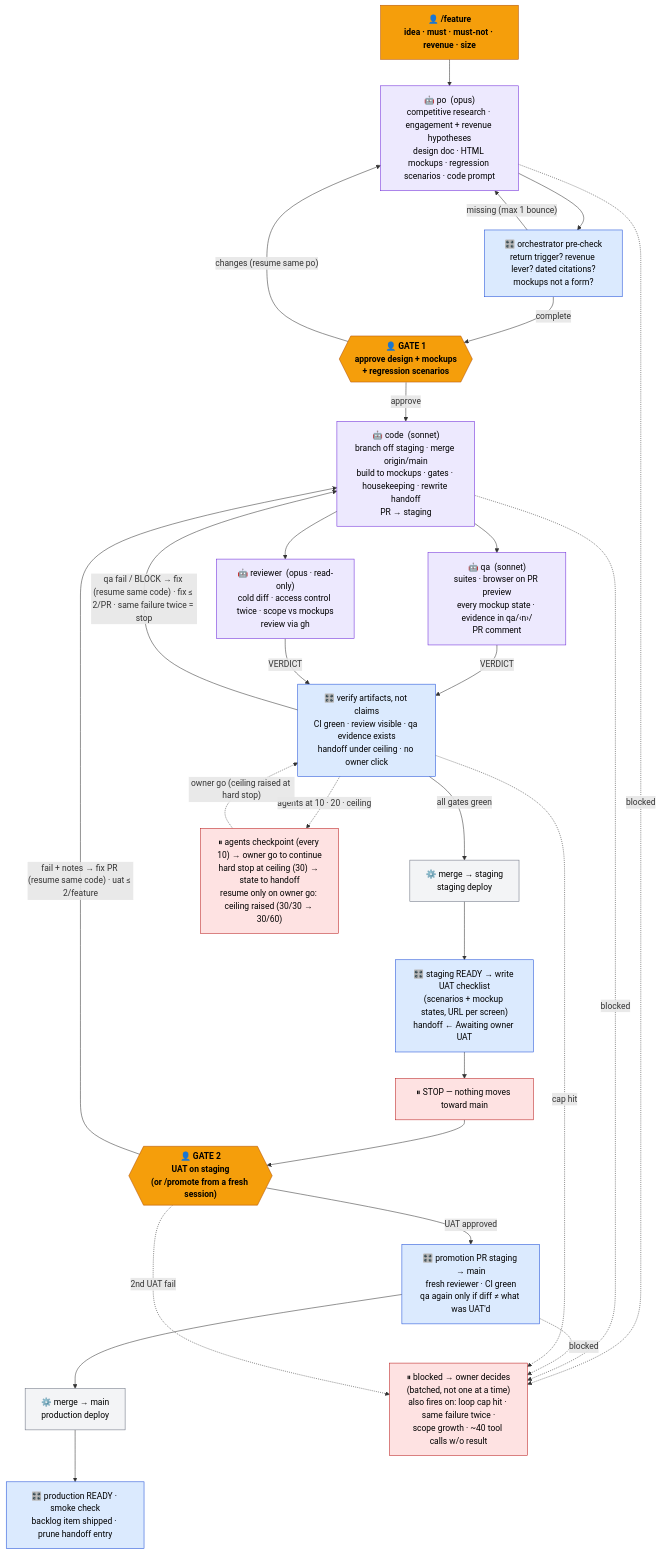
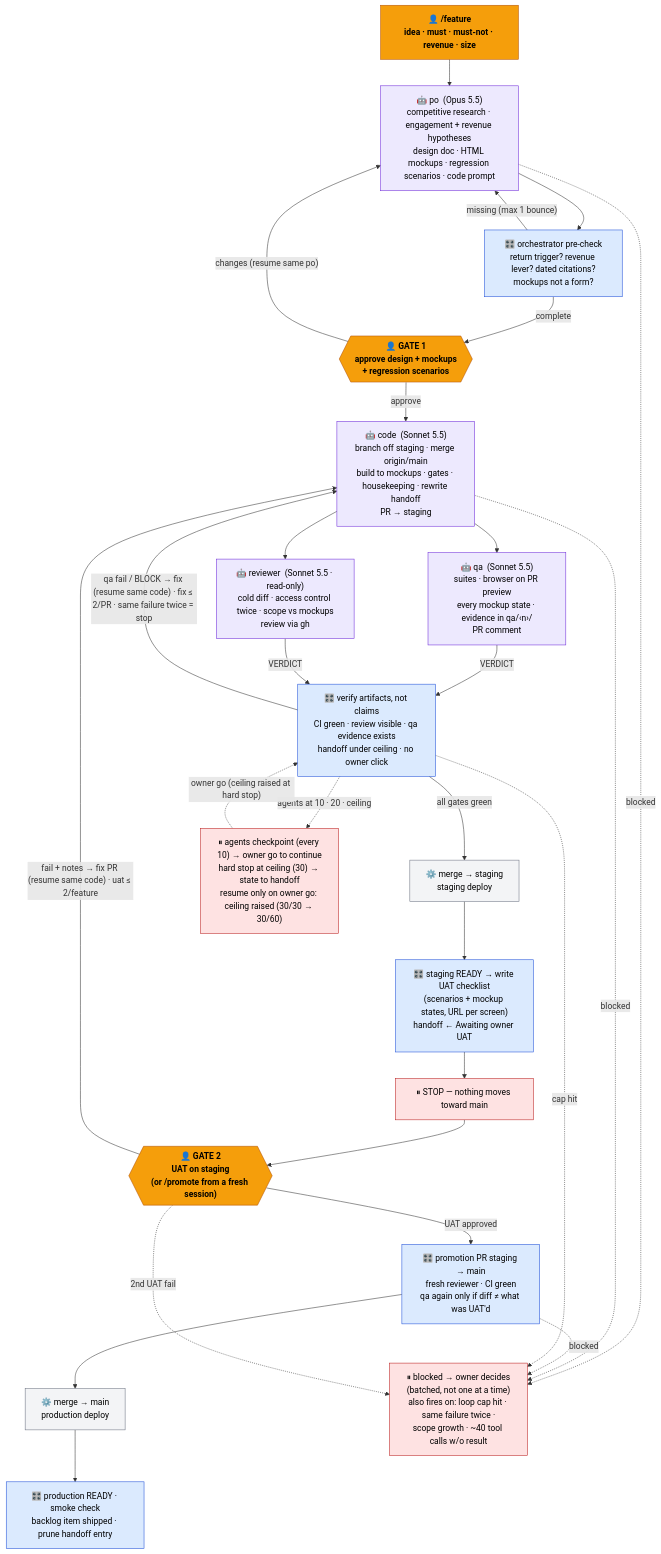
The first of 3 diagrams in pipeline-kit/diagram.md (gwincode/gwin-claude-agent-pipeline-kit), drawn with Mermaid before and after one commit. The commit also changed 9 other files, not shown here.

First line of the commit message:
Pin agent models: po on Opus 5.5, code/qa/reviewer on Sonnet 5.5 (v1.0.4)

````diff
--- a/pipeline-kit/diagram.md
+++ b/pipeline-kit/diagram.md
@@ -13,47 +13,47 @@
 ```mermaid
 flowchart TB
     classDef owner fill:#f59e0b,stroke:#b45309,color:#000,font-weight:bold
     classDef orch fill:#dbeafe,stroke:#1d4ed8,color:#000
     classDef agent fill:#ede9fe,stroke:#6d28d9,color:#000
     classDef sys fill:#f3f4f6,stroke:#6b7280,color:#000
     classDef stop fill:#fee2e2,stroke:#b91c1c,color:#000
 
     K["👤 /feature<br/>idea · must · must-not · revenue · size"]:::owner
-    PO["🤖 po  (opus)<br/>competitive research · engagement + revenue hypotheses<br/>design doc · HTML mockups · regression scenarios · code prompt"]:::agent
+    PO["🤖 po  (Opus 5.5)<br/>competitive research · engagement + revenue hypotheses<br/>design doc · HTML mockups · regression scenarios · code prompt"]:::agent
     CHK1["🎛️ orchestrator pre-check<br/>return trigger? revenue lever? dated citations?<br/>mockups not a form?"]:::orch
     G1{{"👤 GATE 1<br/>approve design + mockups<br/>+ regression scenarios"}}:::owner
-    CODE["🤖 code  (sonnet)<br/>branch off staging · merge origin/main<br/>build to mockups · gates · housekeeping · rewrite handoff<br/>PR → staging"]:::agent
-    QA["🤖 qa  (sonnet)<br/>suites · browser on PR preview<br/>every mockup state · evidence in qa/‹n›/<br/>PR comment"]:::agent
-    REV["🤖 reviewer  (opus · read-only)<br/>cold diff · access control twice · scope vs mockups<br/>review via gh"]:::agent
+    CODE["🤖 code  (Sonnet 5.5)<br/>branch off staging · merge origin/main<br/>build to mockups · gates · housekeeping · rewrite handoff<br/>PR → staging"]:::agent
+    QA["🤖 qa  (Sonnet 5.5)<br/>suites · browser on PR preview<br/>every mockup state · evidence in qa/‹n›/<br/>PR comment"]:::agent
+    REV["🤖 reviewer  (Sonnet 5.5 · read-only)<br/>cold diff · access control twice · scope vs mockups<br/>review via gh"]:::agent
     V1["🎛️ verify artifacts, not claims<br/>CI green · review visible · qa evidence exists<br/>handoff under ceiling · no owner click"]:::orch
     M1["⚙️ merge → staging<br/>staging deploy"]:::sys
     UATP["🎛️ staging READY → write UAT checklist<br/>(scenarios + mockup states, URL per screen)<br/>handoff ← Awaiting owner UAT"]:::orch
     STOP1["⏸ STOP — nothing moves toward main"]:::stop
     G2{{"👤 GATE 2<br/>UAT on staging<br/>(or /promote from a fresh session)"}}:::owner
     PROM["🎛️ promotion PR staging → main<br/>fresh reviewer · CI green<br/>qa again only if diff ≠ what was UAT'd"]:::orch
     M2["⚙️ merge → main<br/>production deploy"]:::sys
     DONE["🎛️ production READY · smoke check<br/>backlog item shipped · prune handoff entry"]:::orch
     BLK["⏸ blocked → owner decides<br/>(batched, not one at a time)<br/>also fires on: loop cap hit · same failure twice ·<br/>scope growth · ~40 tool calls w/o result"]:::stop
     CKP["⏸ agents checkpoint (every 10) → owner go to continue<br/>hard stop at ceiling (30) → state to handoff<br/>resume only on owner go: ceiling raised (30/30 → 30/60)"]:::stop
 
     K --> PO --> CHK1
     CHK1 -- "missing (max 1 bounce)" --> PO
     CHK1 -- "complete" --> G1
     G1 -- "changes (resume same po)" --> PO
     G1 -- "approve" --> CODE
     CODE --> QA
     CODE --> REV
     QA -- "VERDICT" --> V1
     REV -- "VERDICT" --> V1
     V1 -- "qa fail / BLOCK → fix (resume same code) · fix ≤ 2/PR · same failure twice = stop" --> CODE
     V1 -- "all gates green" --> M1 --> UATP --> STOP1 --> G2
     G2 -- "fail + notes → fix PR (resume same code) · uat ≤ 2/feature" --> CODE
     G2 -- "UAT approved" --> PROM --> M2 --> DONE
     PO -. "blocked" .-> BLK
     CODE -. "blocked" .-> BLK
     PROM -. "blocked" .-> BLK
     V1 -. "cap hit" .-> BLK
     G2 -. "2nd UAT fail" .-> BLK
     V1 -. "agents at 10 · 20 · ceiling" .-> CKP
     CKP -. "owner go (ceiling raised at hard stop)" .-> V1
 ```
````
